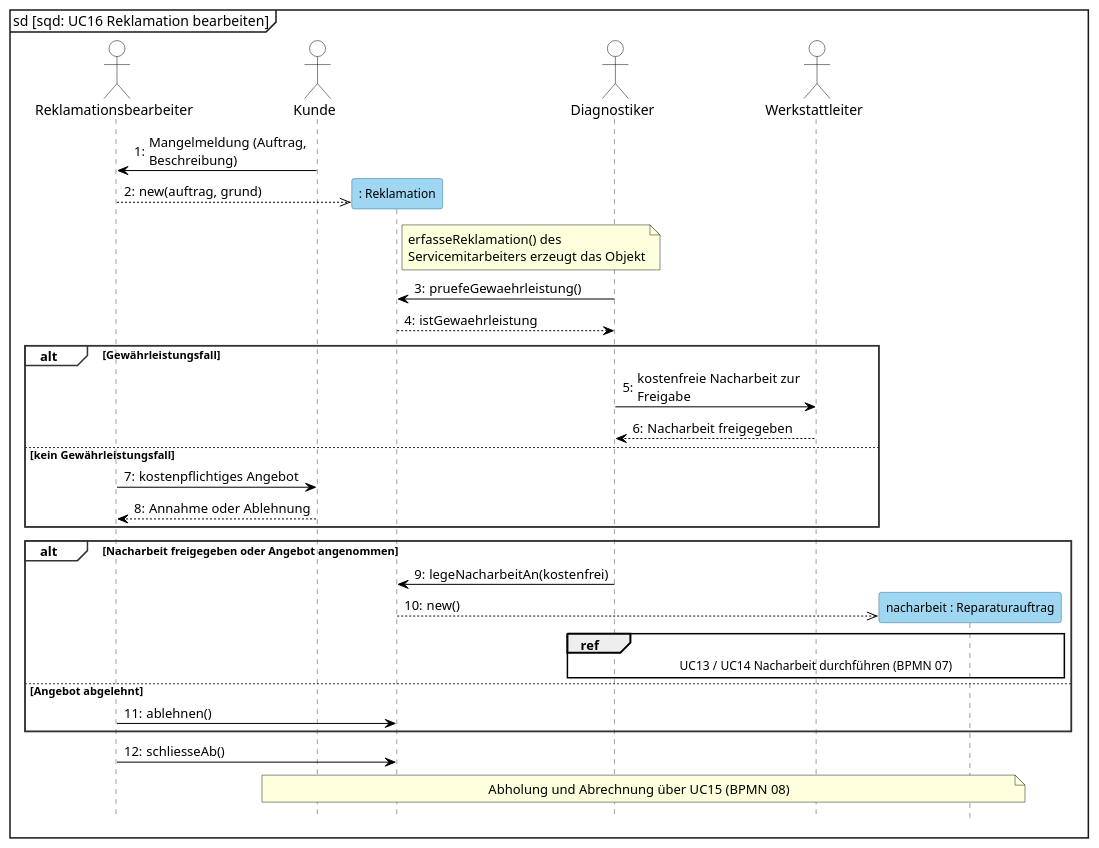
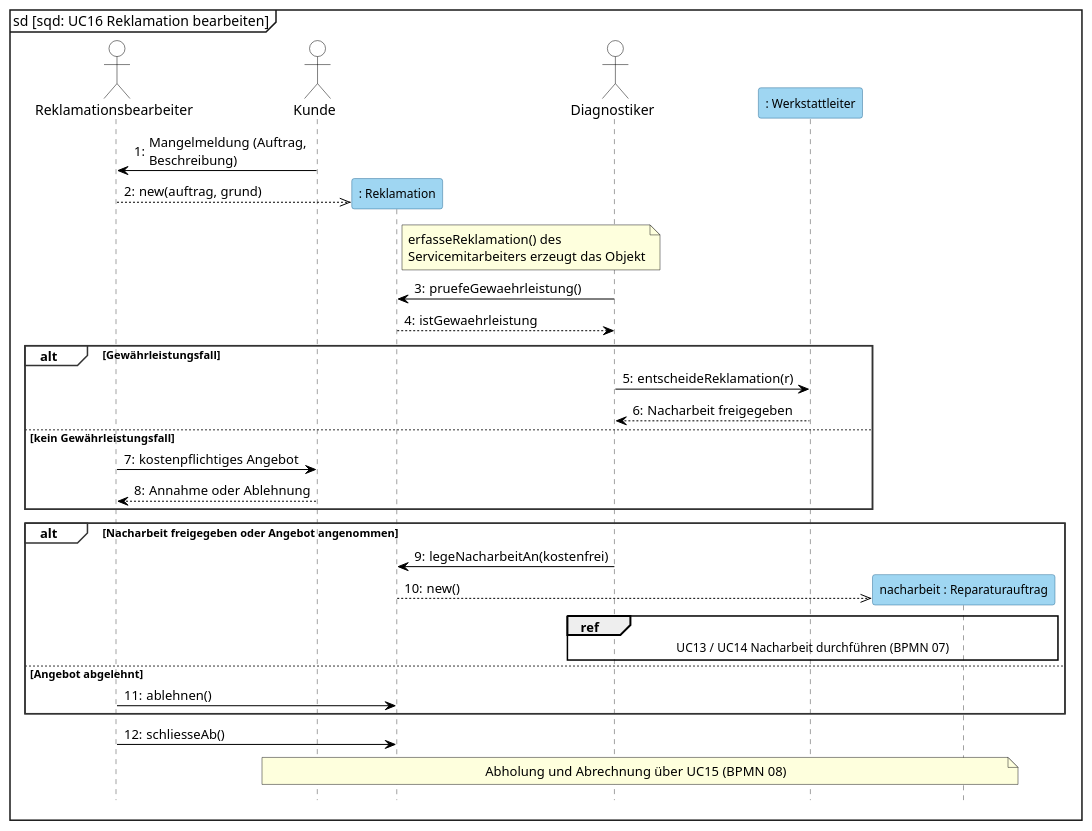
One commit to jakobschwan123-cmd/casestudy-semester-3 changed the diagram in 2_uml/entwurf-plantuml/sequenz-05-reklamation.puml. Above: the diagram before and after it, drawn with PlantUML. The commit also changed 4 other files, not shown here.

```diff
--- a/2_uml/entwurf-plantuml/sequenz-05-reklamation.puml
+++ b/2_uml/entwurf-plantuml/sequenz-05-reklamation.puml
@@ -1,55 +1,55 @@
 @startuml
 ' BPMN: p09-reklamation.bpmn. Kernablauf: Mangel prüfen, Gewährleistung oder Angebot, Nacharbeitsauftrag, Abschluss.
 ' Darstellung wie in Visual Paradigm: Objekterzeugung als gestrichelter Pfeil auf den Kopfkasten (Kasten sitzt auf Nachrichtenhöhe, VL 6 Folie 5-70), kein <<create>>-Text.
 mainframe sd [sqd: UC16 Reklamation bearbeiten]
 skinparam defaultFontName Arial
 skinparam sequenceMessageAlign left
 skinparam maxMessageSize 170
 skinparam shadowing false
 skinparam sequence {
   ParticipantBackgroundColor #9FD6F2
   ParticipantBorderColor #2E6E99
   ParticipantFontSize 12
   ActorBackgroundColor white
   ActorBorderColor black
   LifeLineBorderColor #444444
   LifeLineBackgroundColor #9FD6F2
   GroupBorderColor #333333
   GroupBackgroundColor white
   GroupHeaderFontStyle bold
   ArrowColor black
 }
 hide footbox
 autonumber "0:"
 
 actor Reklamationsbearbeiter as SM
 actor Kunde
 participant ": Reklamation" as REK
 actor Diagnostiker
-actor Werkstattleiter as WL
+participant ": Werkstattleiter" as WL
 participant "nacharbeit : Reparaturauftrag" as NA
 
 Kunde -> SM : Mangelmeldung (Auftrag, Beschreibung)
 create REK
 SM -->> REK : new(auftrag, grund)
 note right of REK : erfasseReklamation() des\nServicemitarbeiters erzeugt das Objekt
 Diagnostiker -> REK : pruefeGewaehrleistung()
 REK --> Diagnostiker : istGewaehrleistung
 alt Gewährleistungsfall
-    Diagnostiker -> WL : kostenfreie Nacharbeit zur Freigabe
+    Diagnostiker -> WL : entscheideReklamation(r)
     WL --> Diagnostiker : Nacharbeit freigegeben
 else kein Gewährleistungsfall
     SM -> Kunde : kostenpflichtiges Angebot
     Kunde --> SM : Annahme oder Ablehnung
 end
 alt Nacharbeit freigegeben oder Angebot angenommen
     Diagnostiker -> REK : legeNacharbeitAn(kostenfrei)
     create NA
     REK -->> NA : new()
     ref over Diagnostiker, NA : UC13 / UC14 Nacharbeit durchführen (BPMN 07)
 else Angebot abgelehnt
     SM -> REK : ablehnen()
 end
 SM -> REK : schliesseAb()
 note over Kunde, NA : Abholung und Abrechnung über UC15 (BPMN 08)
 @enduml
```
